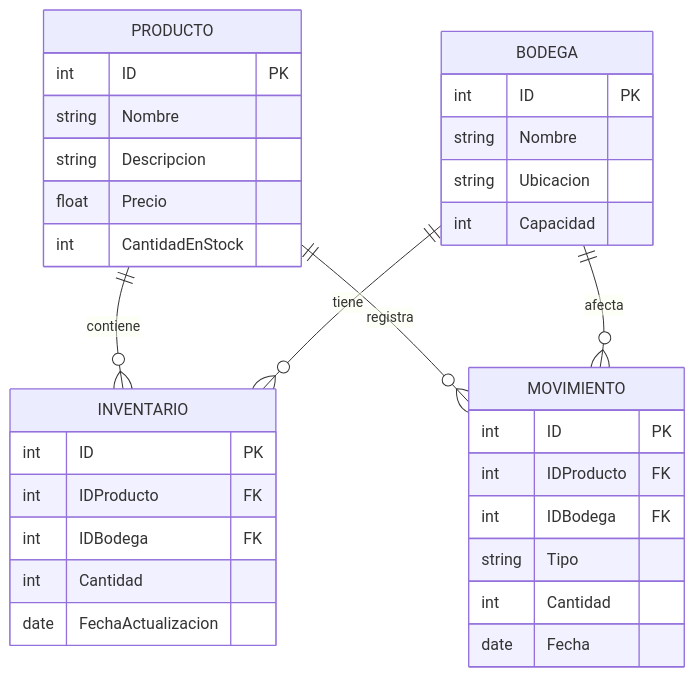
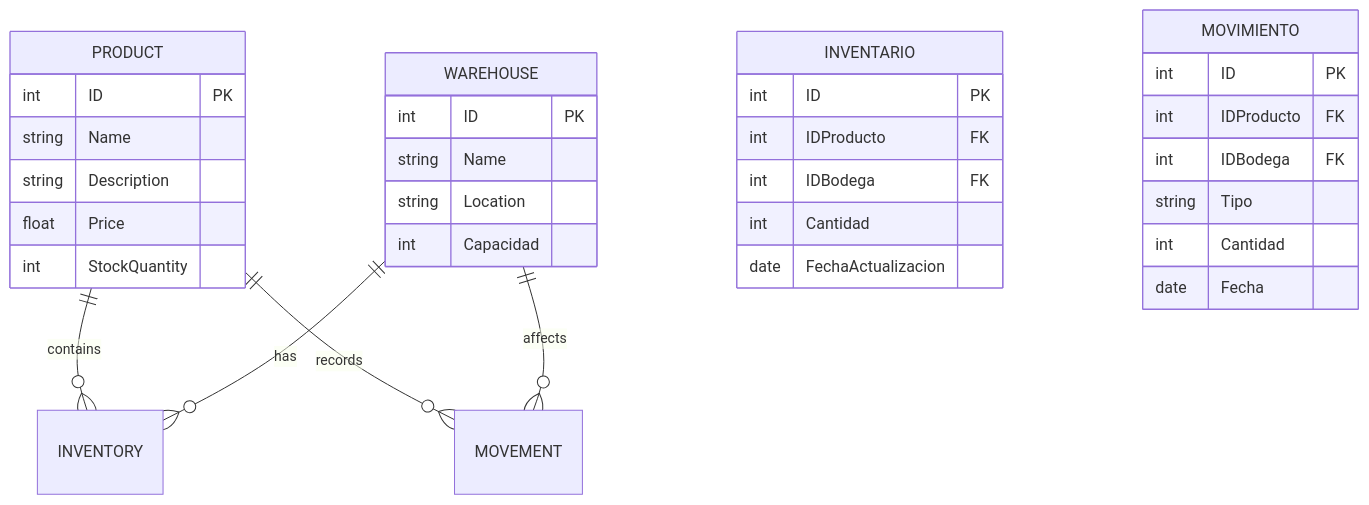
One commit to DiegoBarrosA/docs changed the diagram in projects/agranelos-functions-crud/index.md. Above: the diagram before and after it, drawn with Mermaid. The commit also changed other lines of this file and 1 other file, not shown here.

````diff
--- a/projects/agranelos-functions-crud/index.md
+++ b/projects/agranelos-functions-crud/index.md
@@ -44,35 +39,35 @@
 ```mermaid
 erDiagram
-    PRODUCTO ||--o{ INVENTARIO : contiene
-    BODEGA ||--o{ INVENTARIO : tiene
-    PRODUCTO ||--o{ MOVIMIENTO : registra
-    BODEGA ||--o{ MOVIMIENTO : afecta
-    PRODUCTO {
+    PRODUCT ||--o{ INVENTORY : contains
+    WAREHOUSE ||--o{ INVENTORY : has
+    PRODUCT ||--o{ MOVEMENT : records
+    WAREHOUSE ||--o{ MOVEMENT : affects
+    PRODUCT {
         int ID PK
-        string Nombre
-        string Descripcion
-        float Precio
-        int CantidadEnStock
+        string Name
+        string Description
+        float Price
+        int StockQuantity
     }
-    BODEGA {
+    WAREHOUSE {
         int ID PK
-        string Nombre
-        string Ubicacion
+        string Name
+        string Location
         int Capacidad
     }
     INVENTARIO {
         int ID PK
         int IDProducto FK
         int IDBodega FK
         int Cantidad
         date FechaActualizacion
     }
     MOVIMIENTO {
         int ID PK
         int IDProducto FK
         int IDBodega FK
         string Tipo
         int Cantidad
         date Fecha
     }
 ```
````
